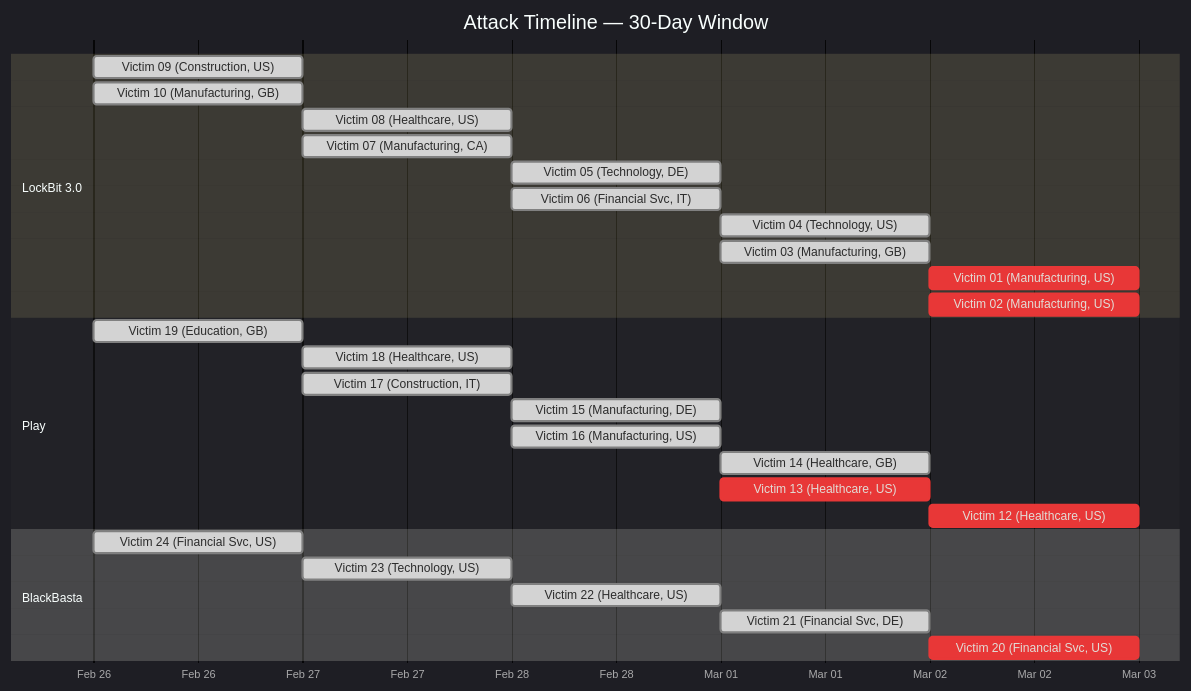
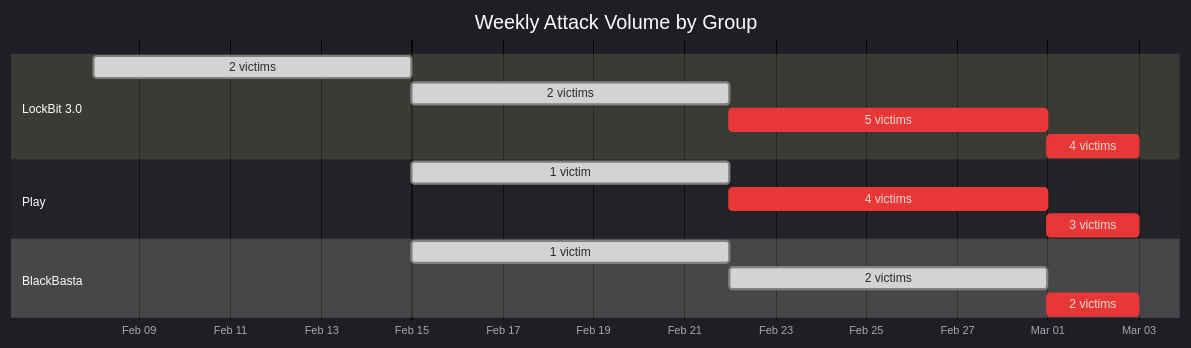
Before and after one commit to depalmar/AI-Powered-Ransomware-Intelligence-Agent: the fourth of 8 diagrams in examples/Ransomware_Threat_Brief_Sample.md, drawn with Mermaid. The commit also changed 1 other file, not shown here.

Commit message:
feat: enhance HTML report with more charts and AI analysis; shrink markdown timeline
Made-with: Cursor

````diff
--- a/examples/Ransomware_Threat_Brief_Sample.md
+++ b/examples/Ransomware_Threat_Brief_Sample.md
@@ -169,33 +169,20 @@
 ```mermaid
 %%{init: {'theme': 'dark'}}%%
 gantt
-    title Attack Timeline — 30-Day Window
+    title Weekly Attack Volume by Group
     dateFormat  YYYY-MM-DD
     axisFormat  %b %d
     section LockBit 3.0
-        Victim 09 (Construction, US)     :done, 2026-02-26, 1d
-        Victim 10 (Manufacturing, GB)    :done, 2026-02-26, 1d
-        Victim 08 (Healthcare, US)       :done, 2026-02-27, 1d
-        Victim 07 (Manufacturing, CA)    :done, 2026-02-27, 1d
-        Victim 05 (Technology, DE)       :done, 2026-02-28, 1d
-        Victim 06 (Financial Svc, IT)    :done, 2026-02-28, 1d
-        Victim 04 (Technology, US)       :done, 2026-03-01, 1d
-        Victim 03 (Manufacturing, GB)    :done, 2026-03-01, 1d
-        Victim 01 (Manufacturing, US)    :crit, 2026-03-02, 1d
-        Victim 02 (Manufacturing, US)    :crit, 2026-03-02, 1d
+        2 victims   :done, 2026-02-08, 7d
+        2 victims   :done, 2026-02-15, 7d
+        5 victims   :crit, 2026-02-22, 7d
+        4 victims   :crit, 2026-03-01, 2d
     section Play
-        Victim 19 (Education, GB)        :done, 2026-02-26, 1d
-        Victim 18 (Healthcare, US)       :done, 2026-02-27, 1d
-        Victim 17 (Construction, IT)     :done, 2026-02-27, 1d
-        Victim 15 (Manufacturing, DE)    :done, 2026-02-28, 1d
-        Victim 16 (Manufacturing, US)    :done, 2026-02-28, 1d
-        Victim 14 (Healthcare, GB)       :done, 2026-03-01, 1d
-        Victim 13 (Healthcare, US)       :crit, 2026-03-01, 1d
-        Victim 12 (Healthcare, US)       :crit, 2026-03-02, 1d
+        1 victim    :done, 2026-02-15, 7d
+        4 victims   :crit, 2026-02-22, 7d
+        3 victims   :crit, 2026-03-01, 2d
     section BlackBasta
-        Victim 24 (Financial Svc, US)    :done, 2026-02-26, 1d
-        Victim 23 (Technology, US)       :done, 2026-02-27, 1d
-        Victim 22 (Healthcare, US)       :done, 2026-02-28, 1d
-        Victim 21 (Financial Svc, DE)    :done, 2026-03-01, 1d
-        Victim 20 (Financial Svc, US)    :crit, 2026-03-02, 1d
+        1 victim    :done, 2026-02-15, 7d
+        2 victims   :done, 2026-02-22, 7d
+        2 victims   :crit, 2026-03-01, 2d
 ```
````
